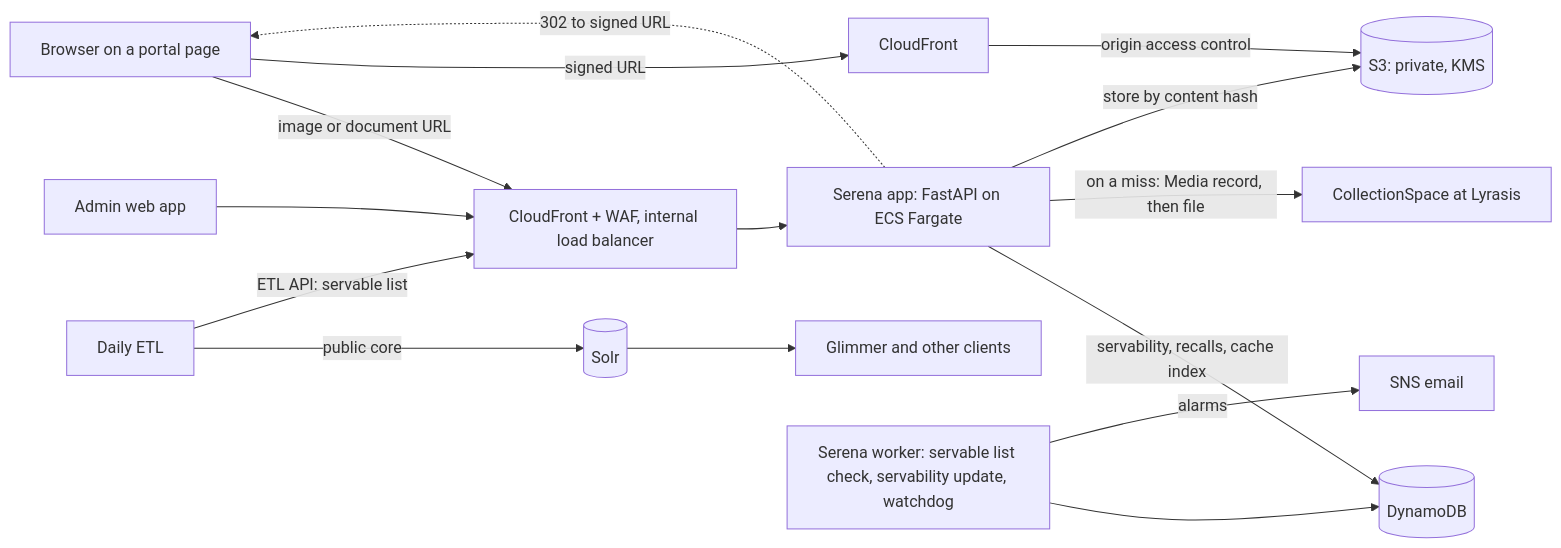
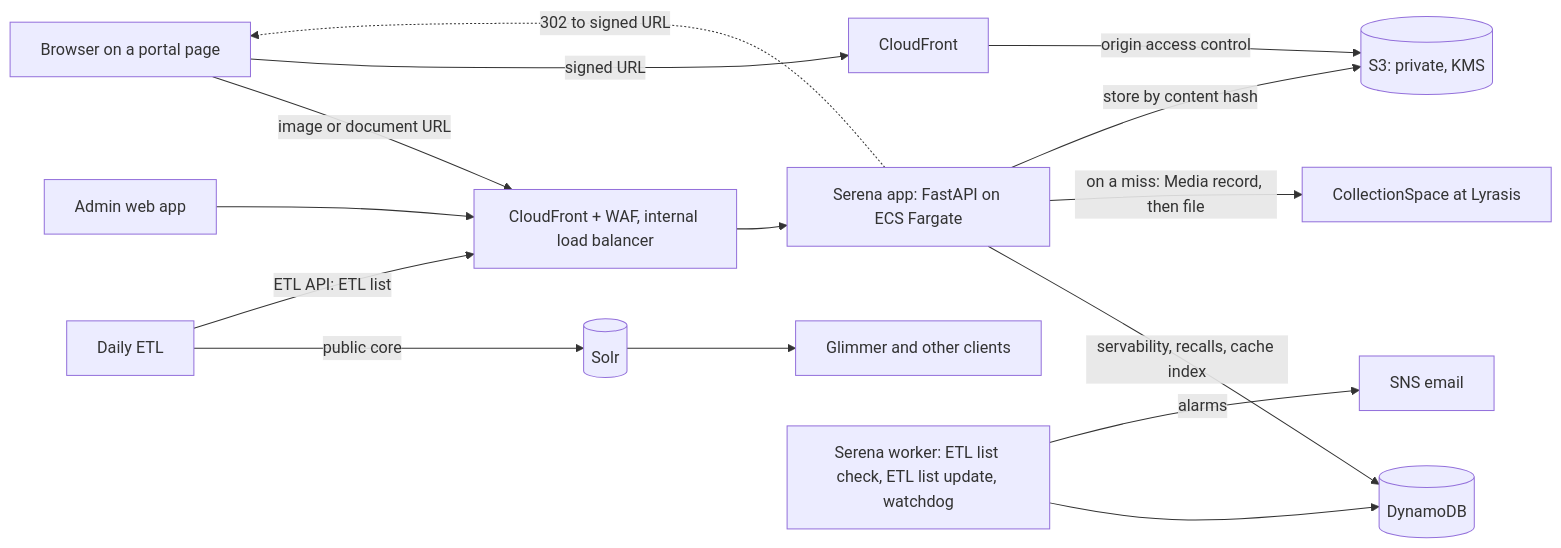
Before and after one commit to ets-berkeley-edu/cspace-media-server: the first of 2 diagrams in docs/design.md, drawn with Mermaid. The commit also changed other lines of this file, not shown here.

First line of the commit message:
Design: Manual refresh as a dry run and Apply; current and pending refreshes; "ETL list"

````diff
--- a/docs/design.md
+++ b/docs/design.md
@@ -159,17 +159,17 @@
 ```mermaid
 flowchart LR
   B[Browser on a portal page] -->|image or document URL| A[CloudFront + WAF, internal load balancer]
   A --> S[Serena app: FastAPI on ECS Fargate]
   S -->|servability, recalls, cache index| D[(DynamoDB)]
   S -->|on a miss: Media record, then file| C[CollectionSpace at Lyrasis]
   S -->|store by content hash| K[(S3: private, KMS)]
   S -.->|302 to signed URL| B
   B -->|signed URL| F[CloudFront]
   F -->|origin access control| K
   E[Daily ETL] -->|public core| P[(Solr)]
   P --> G[Glimmer and other clients]
-  E -->|ETL API: servable list| A
-  W[Serena worker: servable list check, servability update, watchdog] --> D
+  E -->|ETL API: ETL list| A
+  W[Serena worker: ETL list check, ETL list update, watchdog] --> D
   W -->|alarms| N[SNS email]
   M[Admin web app] --> A
 ```
````
